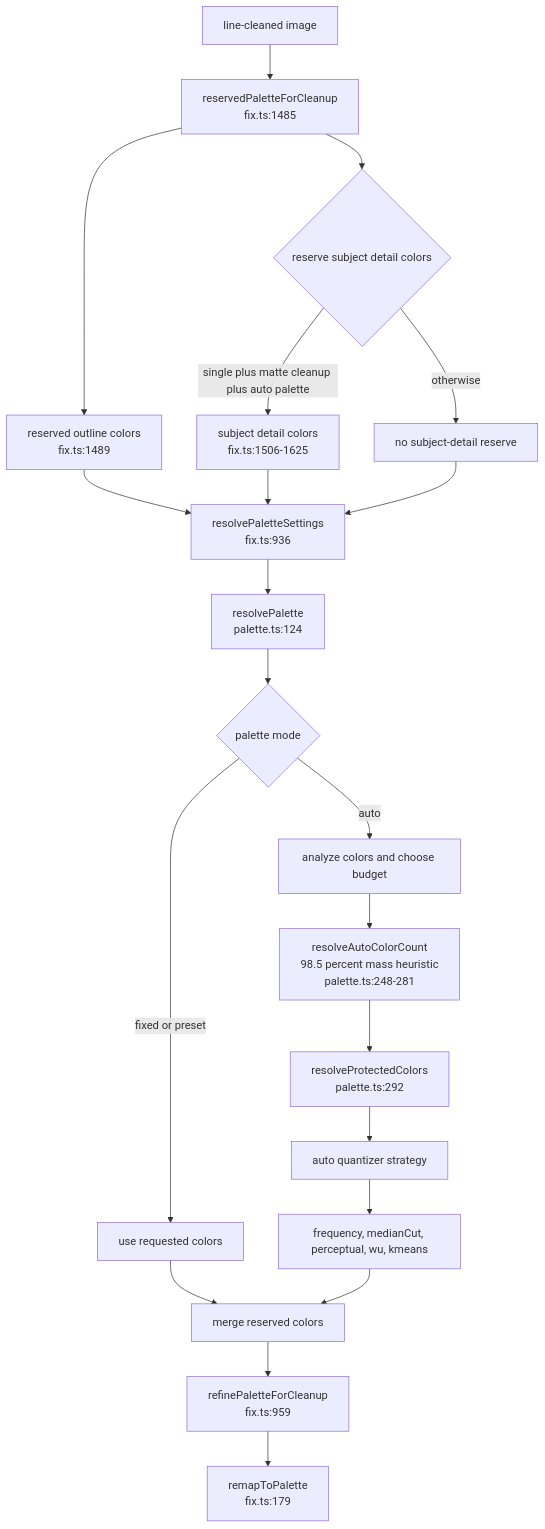
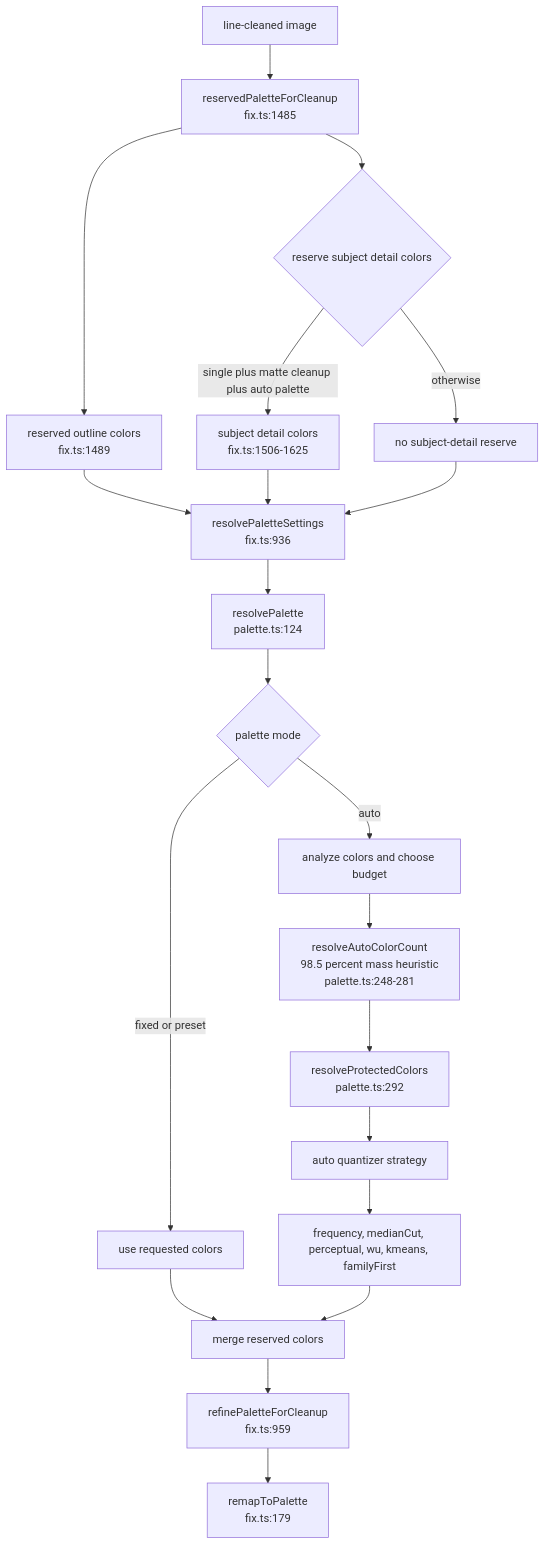
The second of 2 diagrams in docs/process/single-sprite.md (labcoder/pixel-aid), drawn with Mermaid before and after one commit. The commit also changed other lines of this file and 15 other files, not shown here.

Commit message:
feat(core): familyFirst becomes the guided palette default for single sprites

````diff
--- a/docs/process/single-sprite.md
+++ b/docs/process/single-sprite.md
@@ -91,23 +91,23 @@
 ```mermaid
 flowchart TD
   A["line-cleaned image"] --> B["reservedPaletteForCleanup<br/>fix.ts:1485"]
   B --> C["reserved outline colors<br/>fix.ts:1489"]
   B --> D{"reserve subject detail colors"}
   D -->|"single plus matte cleanup plus auto palette"| E["subject detail colors<br/>fix.ts:1506-1625"]
   D -->|"otherwise"| F["no subject-detail reserve"]
   C --> G["resolvePaletteSettings<br/>fix.ts:936"]
   E --> G
   F --> G
   G --> H["resolvePalette<br/>palette.ts:124"]
   H --> I{"palette mode"}
   I -->|"fixed or preset"| J["use requested colors"]
   I -->|"auto"| K["analyze colors and choose budget"]
   K --> L["resolveAutoColorCount<br/>98.5 percent mass heuristic<br/>palette.ts:248-281"]
   L --> M["resolveProtectedColors<br/>palette.ts:292"]
   M --> N["auto quantizer strategy"]
-  N --> O["frequency, medianCut, perceptual, wu, kmeans"]
+  N --> O["frequency, medianCut, perceptual, wu, kmeans, familyFirst"]
   J --> P["merge reserved colors"]
   O --> P
   P --> Q["refinePaletteForCleanup<br/>fix.ts:959"]
   Q --> R["remapToPalette<br/>fix.ts:179"]
 ```
````
